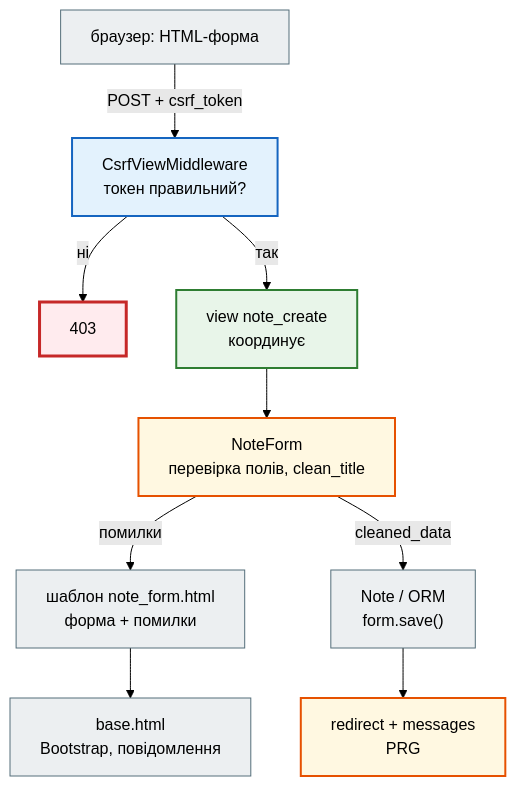
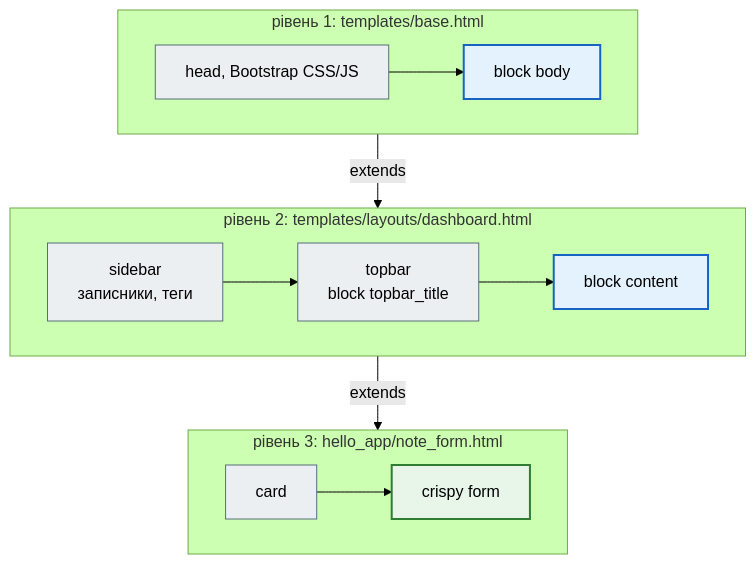
The third of 4 diagrams in docs/modules/m4/lesson_34.md (AlinaRadchenko/PY-Course-Victor-Nikoriak-22-09-2026), drawn with Mermaid (forest theme) before and after one commit. The commit also changed other lines of this file and 100 other files, not shown here.

````diff
--- a/docs/modules/m4/lesson_34.md
+++ b/docs/modules/m4/lesson_34.md
@@ -641,24 +376,26 @@
 ```mermaid
 flowchart TD
     classDef step     fill:#eceff1,stroke:#546e7a,stroke-width:1px;
     classDef decision fill:#e3f2fd,stroke:#1565c0,stroke-width:2px;
     classDef success  fill:#e8f5e9,stroke:#2e7d32,stroke-width:2px;
     classDef error    fill:#ffebee,stroke:#c62828,stroke-width:3px;
     classDef warning  fill:#fff8e1,stroke:#e65100,stroke-width:2px;
 
-    B["браузер: HTML-форма"] -- "POST + csrf_token" --> MW["CsrfViewMiddleware<br>токен правильний?"]
-    MW -- ні --> E["403"]
-    MW -- так --> V["view note_create<br>координує"]
-    V --> F["NoteForm<br>перевірка полів, clean_title"]
-    F -- "помилки" --> T["шаблон note_form.html<br>форма + помилки"]
-    F -- "cleaned_data" --> M["Note / ORM<br>form.save()"]
-    M --> R["redirect + messages<br>PRG"]
-    T --> BS["base.html<br>Bootstrap, повідомлення"]
+    subgraph L1 ["рівень 1: templates/base.html"]
+        direction LR
+        H["head, Bootstrap CSS/JS"] --> BB["block body"]
+    end
+    subgraph L2 ["рівень 2: templates/layouts/dashboard.html"]
+        direction LR
+        SB["sidebar<br>записники, теги"] --> TB["topbar<br>block topbar_title"] --> BC["block content"]
+    end
+    subgraph L3 ["рівень 3: hello_app/note_form.html"]
+        direction LR
+        C["card"] --> CR["crispy form"]
+    end
+    L1 -- "extends" --> L2 -- "extends" --> L3
 
-    class B step
-    class MW decision
-    class E error
-    class V success
-    class F,R warning
-    class M,T,BS step
+    class H,SB,TB,C step
+    class BB,BC decision
+    class CR success
 ```
````
